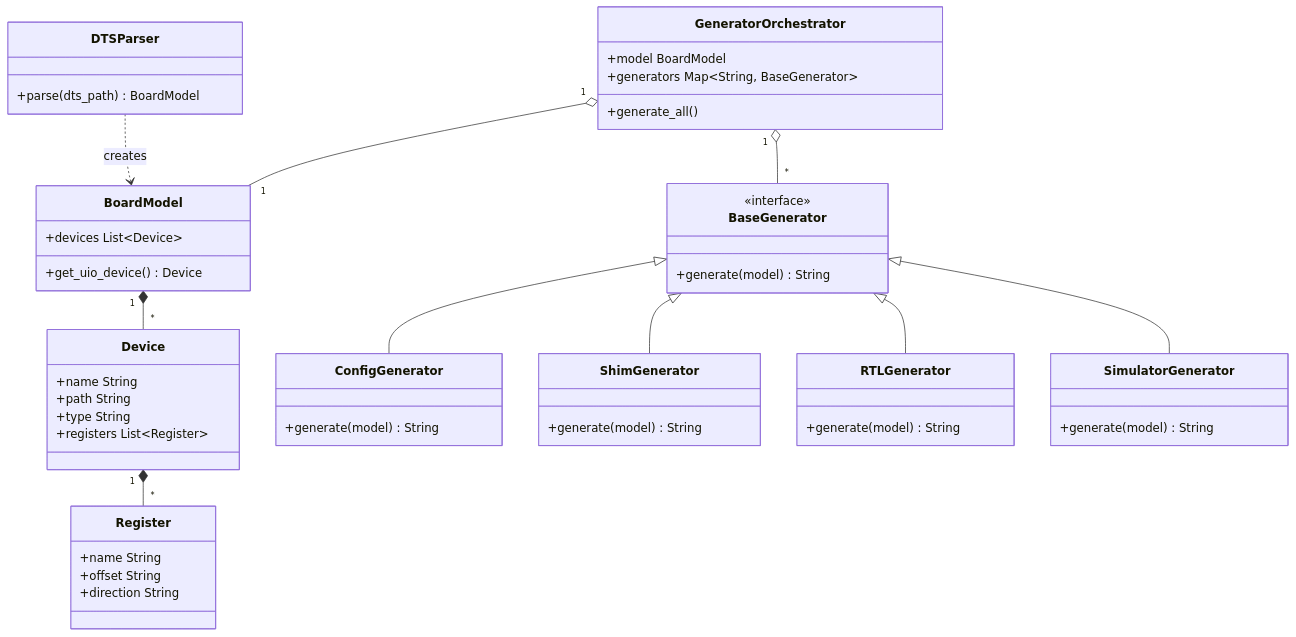
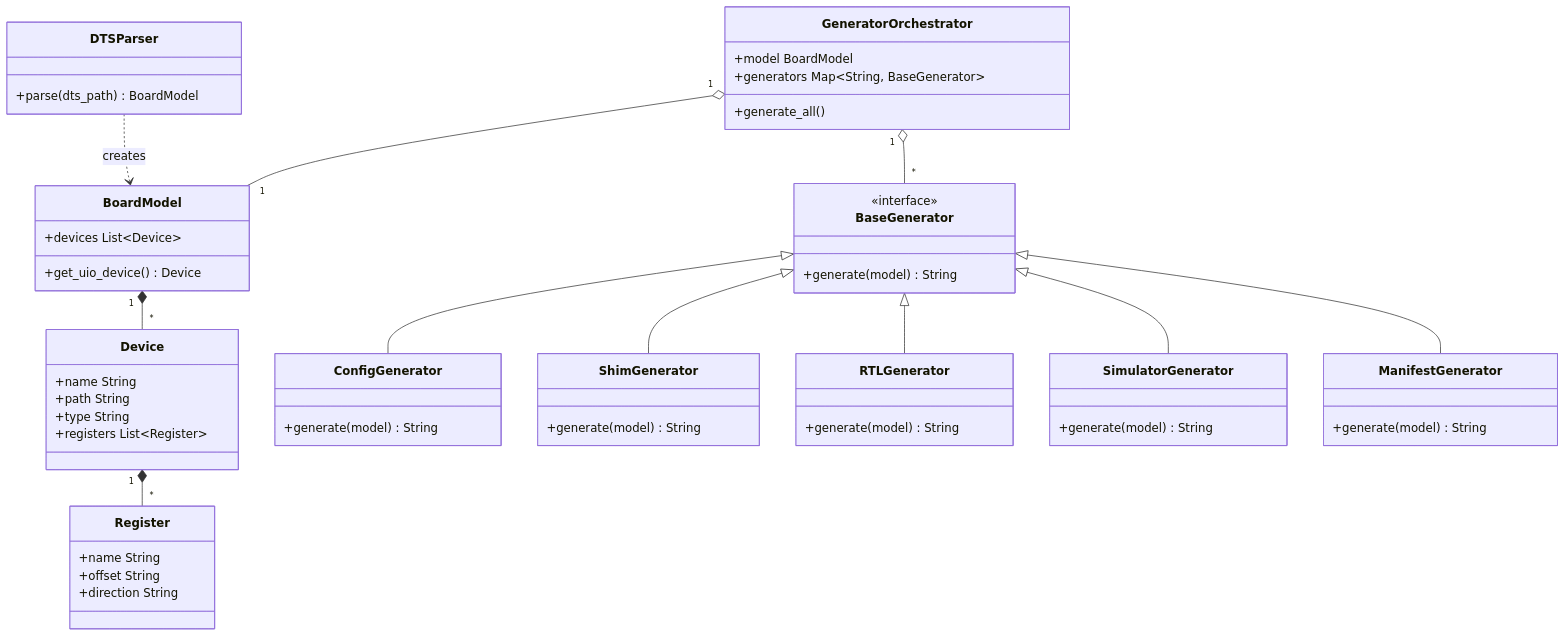
One commit to sirosiro/FPGA-BoardlessBench changed the diagram in scripts/ARCHITECTURE_MANIFEST.md. Above: the diagram before and after it, drawn with Mermaid. The commit also changed other lines of this file and 18 other files, not shown here.

````diff
--- a/scripts/ARCHITECTURE_MANIFEST.md
+++ b/scripts/ARCHITECTURE_MANIFEST.md
@@ -39,52 +44,56 @@
 ```mermaid
 classDiagram
     class DTSParser {
         +parse(dts_path) BoardModel
     }
     class BoardModel {
         +devices List~Device~
         +get_uio_device() Device
     }
     class Device {
         +name String
         +path String
         +type String
         +registers List~Register~
     }
     class Register {
         +name String
         +offset String
         +direction String
     }
     class GeneratorOrchestrator {
         +model BoardModel
         +generators Map~String, BaseGenerator~
         +generate_all()
     }
     class BaseGenerator {
         <<interface>>
         +generate(model) String
     }
     class ConfigGenerator {
         +generate(model) String
     }
     class ShimGenerator {
         +generate(model) String
     }
     class RTLGenerator {
         +generate(model) String
     }
     class SimulatorGenerator {
         +generate(model) String
     }
+    class ManifestGenerator {
+        +generate(model) String
+    }
 
     DTSParser ..> BoardModel : creates
     BoardModel "1" *-- "*" Device
     Device "1" *-- "*" Register
     GeneratorOrchestrator "1" o-- "1" BoardModel
     GeneratorOrchestrator "1" o-- "*" BaseGenerator
     BaseGenerator <|-- ConfigGenerator
     BaseGenerator <|-- ShimGenerator
     BaseGenerator <|-- RTLGenerator
     BaseGenerator <|-- SimulatorGenerator
+    BaseGenerator <|-- ManifestGenerator
 ```
````
